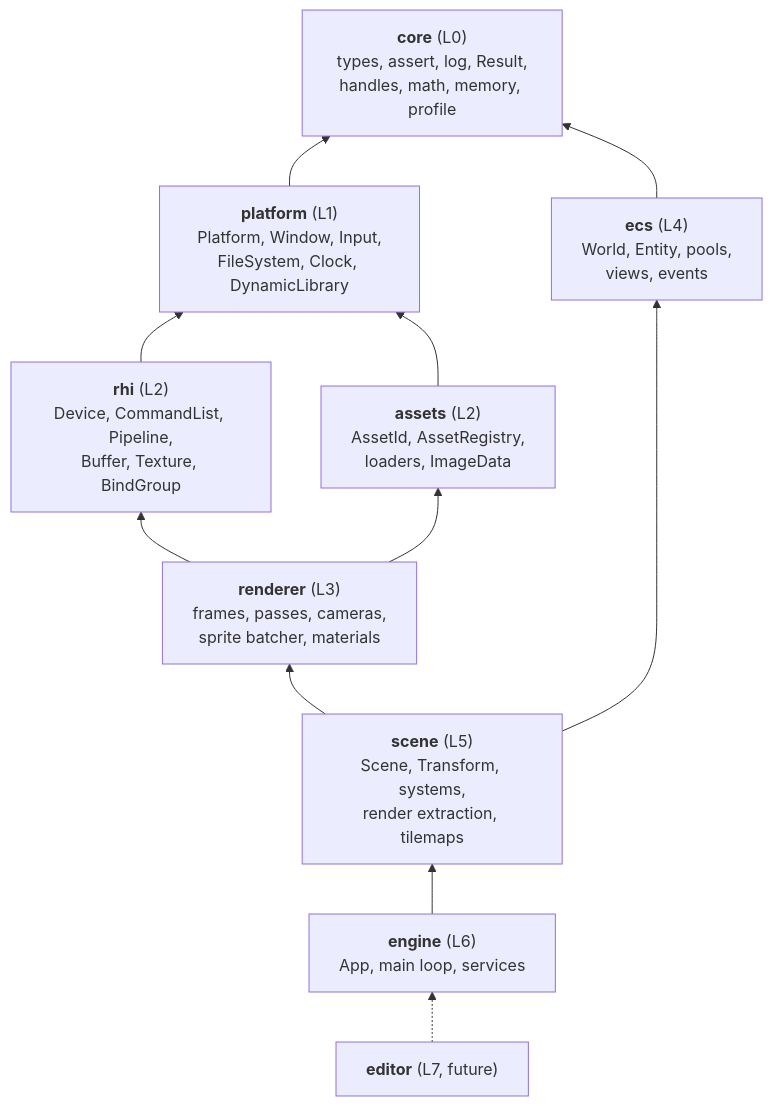
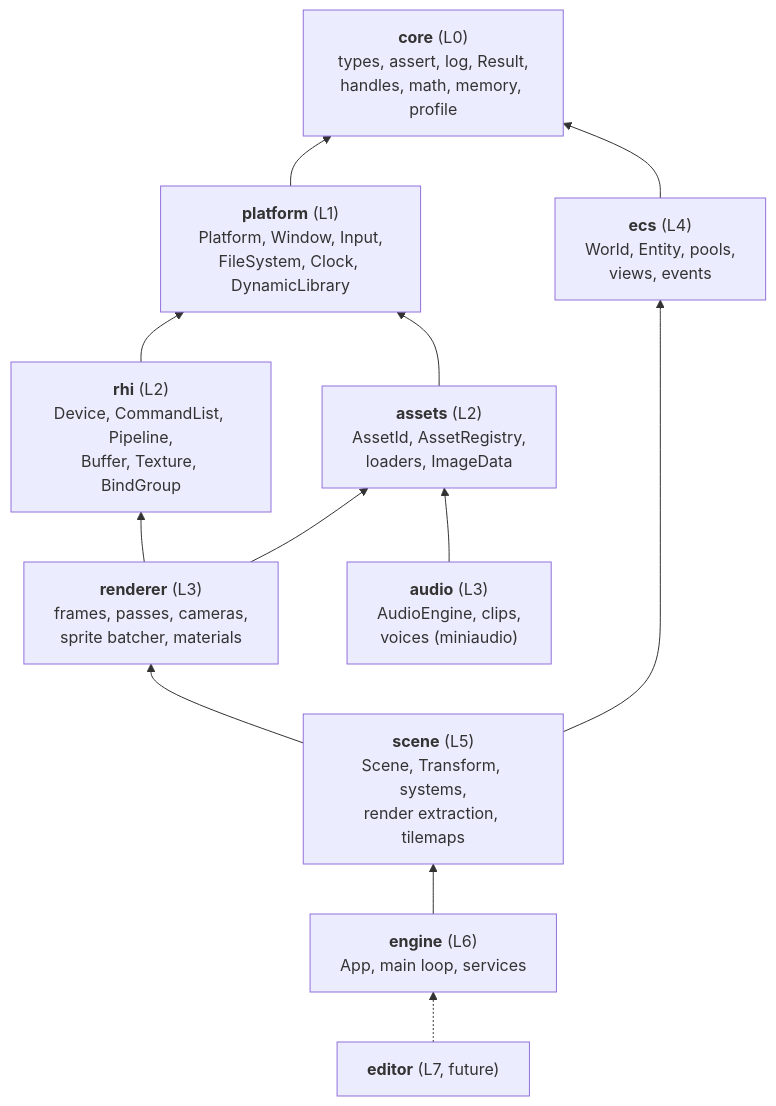
The first of 3 diagrams in docs/architecture/overview.md (fyernald/teserra), drawn with Mermaid before and after one commit. The commit also changed other lines of this file and 27 other files, not shown here.

First line of the commit message:
feat(audio): teserra_audio module with miniaudio, device or offline output, and voices

````diff
--- a/docs/architecture/overview.md
+++ b/docs/architecture/overview.md
@@ -20,23 +20,25 @@
 ```mermaid
 flowchart BT
     core["<b>core</b> (L0)<br/>types, assert, log, Result,<br/>handles, math, memory, profile"]
     platform["<b>platform</b> (L1)<br/>Platform, Window, Input,<br/>FileSystem, Clock, DynamicLibrary"]
     rhi["<b>rhi</b> (L2)<br/>Device, CommandList, Pipeline,<br/>Buffer, Texture, BindGroup"]
     assets["<b>assets</b> (L2)<br/>AssetId, AssetRegistry,<br/>loaders, ImageData"]
     renderer["<b>renderer</b> (L3)<br/>frames, passes, cameras,<br/>sprite batcher, materials"]
+    audio["<b>audio</b> (L3)<br/>AudioEngine, clips,<br/>voices (miniaudio)"]
     ecs["<b>ecs</b> (L4)<br/>World, Entity, pools,<br/>views, events"]
     scene["<b>scene</b> (L5)<br/>Scene, Transform, systems,<br/>render extraction, tilemaps"]
     engine["<b>engine</b> (L6)<br/>App, main loop, services"]
     editor["<b>editor</b> (L7, future)"]
 
     platform --> core
     rhi --> platform
     assets --> platform
     renderer --> rhi
     renderer --> assets
+    audio --> assets
     ecs --> core
     scene --> ecs
     scene --> renderer
     engine --> scene
     editor -.-> engine
 ```
````
